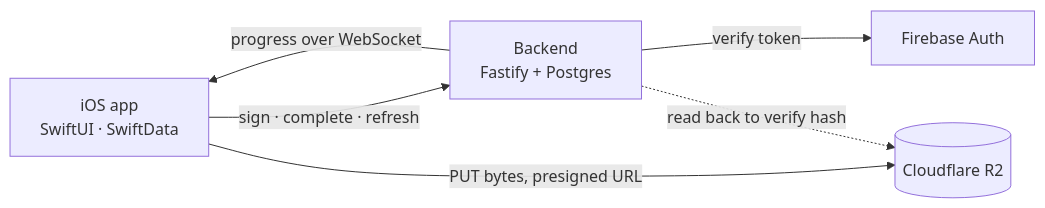
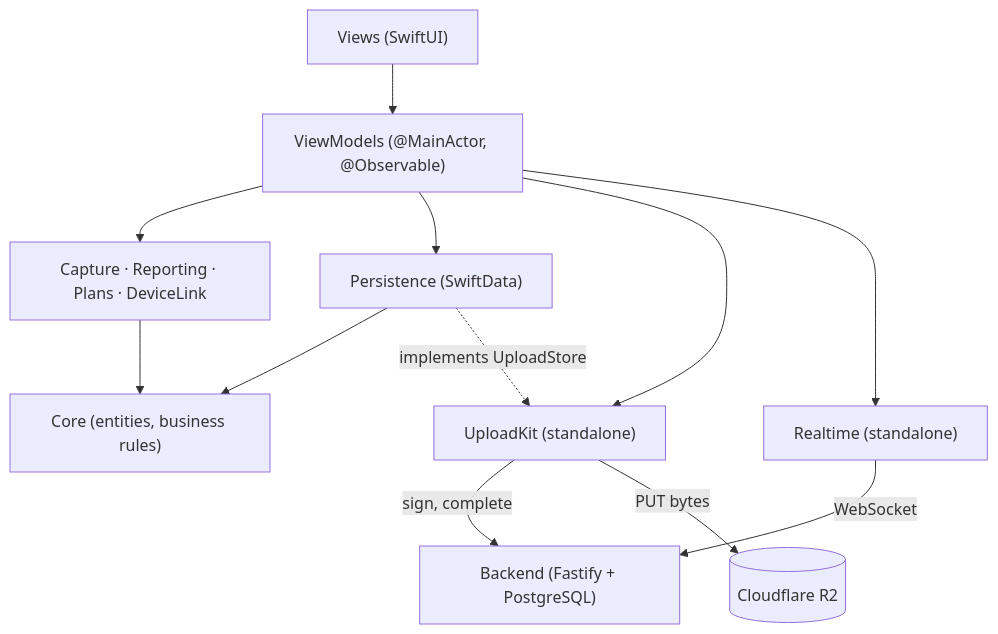
One commit to DAMHONGDUC/site-log-ios changed the first of 2 diagrams in README.md. Above: the diagram before and after it, drawn with Mermaid. The commit also changed other lines of this file and 1 other file, not shown here.

First line of the commit message:
docs: readme - rewrite to the app-overview template

````diff
--- a/README.md
+++ b/README.md
@@ -31,13 +42,14 @@
 ```mermaid
-flowchart LR
-    App["iOS app<br/>SwiftUI · SwiftData"]
-    BE["Backend<br/>Fastify + Postgres"]
-    R2[("Cloudflare R2")]
-    FB["Firebase Auth"]
-
-    App -->|"sign · complete · refresh"| BE
-    App -->|"PUT bytes, presigned URL"| R2
-    BE -->|"progress over WebSocket"| App
-    BE -->|"verify token"| FB
-    BE -.->|"read back to verify hash"| R2
+flowchart TD
+  View["Views (SwiftUI)"] --> VM["ViewModels (@MainActor, @Observable)"]
+  VM --> Feat["Capture · Reporting · Plans · DeviceLink"]
+  VM --> Persist["Persistence (SwiftData)"]
+  VM --> Upload["UploadKit (standalone)"]
+  VM --> RT["Realtime (standalone)"]
+  Feat --> Core["Core (entities, business rules)"]
+  Persist --> Core
+  Persist -. implements UploadStore .-> Upload
+  Upload -->|"sign, complete"| BE["Backend (Fastify + PostgreSQL)"]
+  Upload -->|"PUT bytes"| R2[("Cloudflare R2")]
+  RT -->|"WebSocket"| BE
 ```
````
